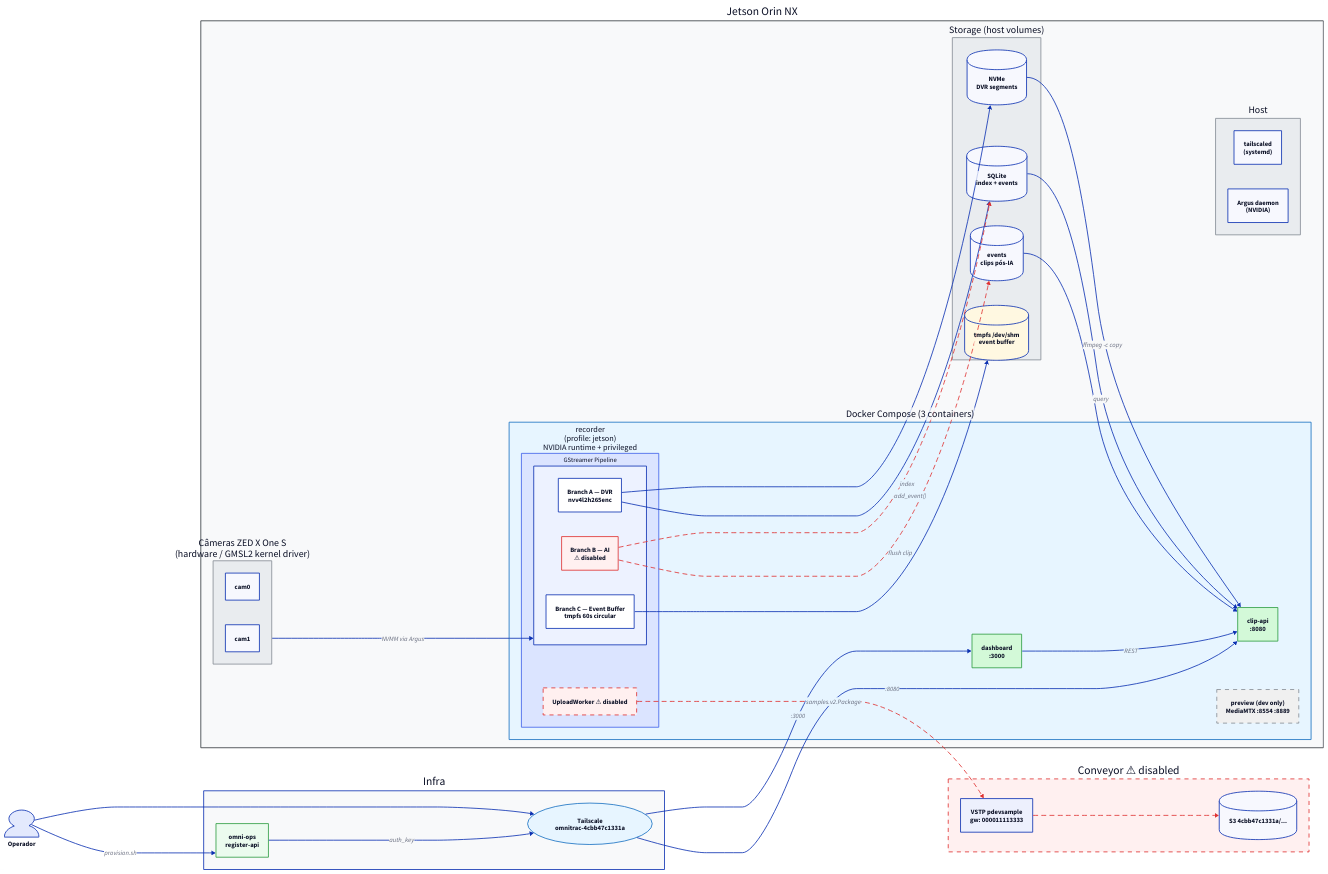
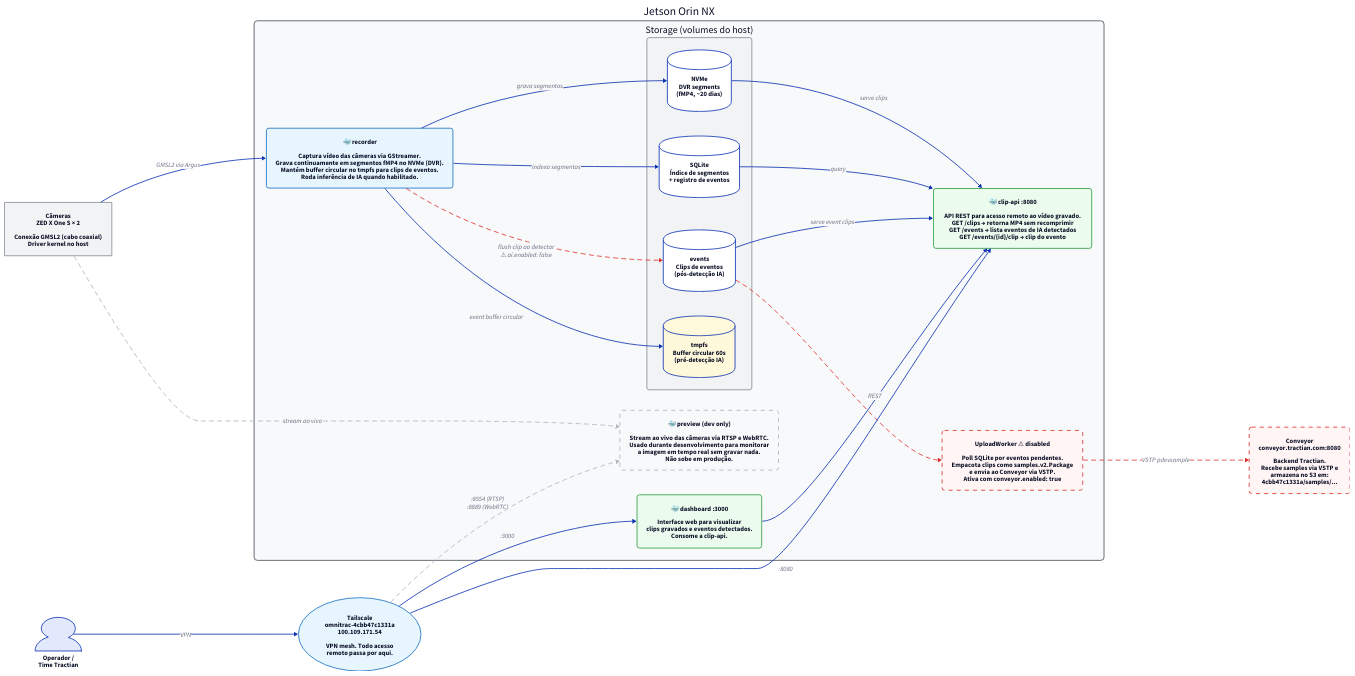
Before and after one commit to urielcontardi/JetsonStudy: the diagram in docs/diagrams/architecture.d2, drawn with D2. The commit also changed 1 other file, not shown here.

Commit message:
docs(diagram): didactic labels, flat structure, Docker explicit

```diff
--- a/docs/diagrams/architecture.d2
+++ b/docs/diagrams/architecture.d2
@@ -1,139 +1,147 @@
 direction: right
+
+# ─────────────────────────────────────────────────────────────────────────────
+# HARDWARE
+# ─────────────────────────────────────────────────────────────────────────────
+
+cameras: "Câmeras\nZED X One S × 2" {
+  shape: rectangle
+  style.fill: "#f1f3f5"
+  style.stroke: "#868e96"
+  label: "Câmeras\nZED X One S × 2\n\nConexão GMSL2 (cabo coaxial)\nDriver kernel no host"
+}
+
+# ─────────────────────────────────────────────────────────────────────────────
+# JETSON ORIN NX
+# ─────────────────────────────────────────────────────────────────────────────
 
 jetson: Jetson Orin NX {
   style.fill: "#f8f9fa"
-  style.stroke: "#343a40"
+  style.stroke: "#495057"
+  style.border-radius: 8
 
-  # ── Hardware / Host ────────────────────────────────────────────────────────
-  cameras: "Câmeras ZED X One S\n(hardware / GMSL2 kernel driver)" {
-    style.fill: "#e9ecef"
-    style.stroke: "#868e96"
-    cam0: cam0
-    cam1: cam1
+  # ── Docker container 1 ─────────────────────────────────────────────────────
+  recorder: "🐳  recorder" {
+    style.fill: "#e7f5ff"
+    style.stroke: "#1971c2"
+    style.border-radius: 6
+    label: "🐳  recorder\n\nCaptura vídeo das câmeras via GStreamer.\nGrava continuamente em segmentos fMP4 no NVMe (DVR).\nMantém buffer circular no tmpfs para clips de eventos.\nRoda inferência de IA quando habilitado."
   }
 
-  host_services: "Host" {
-    style.fill: "#e9ecef"
-    style.stroke: "#868e96"
-    tailscale_d: "tailscaled\n(systemd)"
-    argus: "Argus daemon\n(NVIDIA)"
+  # ── Docker container 2 ─────────────────────────────────────────────────────
+  clipapi: "🐳  clip-api  :8080" {
+    style.fill: "#ebfbee"
+    style.stroke: "#2f9e44"
+    style.border-radius: 6
+    label: "🐳  clip-api  :8080\n\nAPI REST para acesso remoto ao vídeo gravado.\nGET /clips  →  retorna MP4 sem recomprimir\nGET /events →  lista eventos de IA detectados\nGET /events/{id}/clip  →  clip do evento"
   }
 
-  storage: "Storage (host volumes)" {
-    style.fill: "#e9ecef"
-    style.stroke: "#868e96"
-    nvme: "NVMe\nDVR segments" { shape: cylinder }
-    events: "events\nclips pós-IA" { shape: cylinder }
-    sqlite: "SQLite\nindex + events" { shape: cylinder }
-    tmpfs: "tmpfs /dev/shm\nevent buffer" { shape: cylinder; style.fill: "#fff8e1" }
+  # ── Docker container 3 ─────────────────────────────────────────────────────
+  dashboard: "🐳  dashboard  :3000" {
+    style.fill: "#ebfbee"
+    style.stroke: "#2f9e44"
+    style.border-radius: 6
+    label: "🐳  dashboard  :3000\n\nInterface web para visualizar\nclips gravados e eventos detectados.\nConsome a clip-api."
   }
 
-  # ── Docker Compose ─────────────────────────────────────────────────────────
-  compose: "Docker Compose  (3 containers)" {
-    style.fill: "#e7f5ff"
-    style.stroke: "#1971c2"
+  # ── Docker container 4 — dev only ──────────────────────────────────────────
+  preview: "🐳  preview  (dev only)" {
+    style.fill: "#f8f9fa"
+    style.stroke: "#adb5bd"
+    style.stroke-dash: 5
+    style.border-radius: 6
+    label: "🐳  preview  (dev only)\n\nStream ao vivo das câmeras via RTSP e WebRTC.\nUsado durante desenvolvimento para monitorar\na imagem em tempo real sem gravar nada.\nNão sobe em produção."
+  }
 
-    recorder: "recorder\n(profile: jetson)\nNVIDIA runtime + privileged" {
-      style.fill: "#dbe4ff"
-      style.stroke: "#4263eb"
+  # ── Storage (host) ─────────────────────────────────────────────────────────
+  storage: "Storage  (volumes do host)" {
+    style.fill: "#f1f3f5"
+    style.stroke: "#868e96"
+    style.border-radius: 6
+    nvme: "NVMe\nDVR segments\n(fMP4, ~20 dias)" { shape: cylinder; style.fill: "#ffffff" }
+    events: "events\nClips de eventos\n(pós-detecção IA)" { shape: cylinder; style.fill: "#ffffff" }
+    sqlite: "SQLite\nÍndice de segmentos\n+ registro de eventos" { shape: cylinder; style.fill: "#ffffff" }
+    tmpfs: "tmpfs\nBuffer circular 60s\n(pré-detecção IA)" { shape: cylinder; style.fill: "#fff9db" }
+  }
 
-      pipeline: GStreamer Pipeline {
-        style.fill: "#edf2ff"
-        dvr: "Branch A — DVR\nnvv4l2h265enc"
-        buf: "Branch C — Event Buffer\ntmpfs 60s circular"
-        ai: "Branch B — AI\n⚠ disabled" {
-          style.fill: "#fff0f0"
-          style.stroke: "#e03131"
-        }
-      }
-
-      worker: "UploadWorker  ⚠ disabled" {
-        style.fill: "#fff0f0"
-        style.stroke: "#e03131"
-        style.stroke-dash: 5
-      }
-    }
-
-    clipapi: "clip-api\n:8080" {
-      style.fill: "#d3f9d8"
-      style.stroke: "#2f9e44"
-    }
-
-    dashboard: "dashboard\n:3000" {
-      style.fill: "#d3f9d8"
-      style.stroke: "#2f9e44"
-    }
-
-    preview: "preview  (dev only)\nMediaMTX :8554 :8889" {
-      style.fill: "#f0f0f0"
-      style.stroke: "#868e96"
-      style.stroke-dash: 5
-    }
+  # ── Worker VSTP (disabled) ─────────────────────────────────────────────────
+  worker: "UploadWorker  ⚠ disabled" {
+    style.fill: "#fff5f5"
+    style.stroke: "#e03131"
+    style.stroke-dash: 5
+    style.border-radius: 6
+    label: "UploadWorker  ⚠ disabled\n\nPoll SQLite por eventos pendentes.\nEmpacota clips como samples.v2.Package\ne envia ao Conveyor via VSTP.\nAtiva com conveyor.enabled: true"
   }
 }
 
+# ─────────────────────────────────────────────────────────────────────────────
+# CLOUD / INFRA
+# ─────────────────────────────────────────────────────────────────────────────
+
 conveyor: "Conveyor  ⚠ disabled" {
-  style.fill: "#fff0f0"
+  style.fill: "#fff5f5"
   style.stroke: "#e03131"
   style.stroke-dash: 5
-  vstp: "VSTP pdevsample\ngw: 000011113333"
-  s3: "S3  4cbb47c1331a/..." { shape: cylinder }
+  style.border-radius: 6
+  label: "Conveyor\nconveyor.tractian.com:8080\n\nBackend Tractian.\nRecebe samples via VSTP e\narmazena no S3 em:\n4cbb47c1331a/samples/..."
 }
 
-infra: Infra {
-  style.fill: "#f8f9fa"
-  tailscale: "Tailscale\nomnitrac-4cbb47c1331a" {
-    shape: oval
-    style.fill: "#e7f5ff"
-    style.stroke: "#1971c2"
-  }
-  registerapi: "omni-ops\nregister-api" {
-    style.fill: "#ebfbee"
-    style.stroke: "#2f9e44"
-  }
+tailscale: "Tailscale" {
+  shape: oval
+  style.fill: "#e7f5ff"
+  style.stroke: "#1971c2"
+  label: "Tailscale\nomnitrac-4cbb47c1331a\n100.109.171.54\n\nVPN mesh. Todo acesso\nremoto passa por aqui."
 }
 
-operator: Operador { shape: person }
+operator: "Operador /\nTime Tractian" {
+  shape: person
+}
 
-# ── câmeras → pipeline ────────────────────────────────────────────────────────
-jetson.cameras -> jetson.compose.recorder.pipeline: NVMM via Argus
+# ─────────────────────────────────────────────────────────────────────────────
+# CONEXÕES
+# ─────────────────────────────────────────────────────────────────────────────
 
-# ── pipeline → storage ────────────────────────────────────────────────────────
-jetson.compose.recorder.pipeline.dvr -> jetson.storage.nvme
-jetson.compose.recorder.pipeline.dvr -> jetson.storage.sqlite: index
-jetson.compose.recorder.pipeline.buf -> jetson.storage.tmpfs
+# captura
+cameras -> jetson.recorder: GMSL2 via Argus
 
-# ── AI → eventos (disabled) ──────────────────────────────────────────────────
-jetson.compose.recorder.pipeline.ai -> jetson.storage.events: flush clip {
-  style.stroke: "#e03131"
-  style.stroke-dash: 5
-}
-jetson.compose.recorder.pipeline.ai -> jetson.storage.sqlite: add_event() {
+# recorder → storage
+jetson.recorder -> jetson.storage.nvme: grava segmentos
+jetson.recorder -> jetson.storage.tmpfs: event buffer circular
+jetson.recorder -> jetson.storage.sqlite: indexa segmentos
+
+# evento IA (disabled)
+jetson.recorder -> jetson.storage.events: "flush clip ao detectar\n⚠ ai.enabled: false" {
   style.stroke: "#e03131"
   style.stroke-dash: 5
 }
 
-# ── worker → Conveyor (disabled) ─────────────────────────────────────────────
-jetson.compose.recorder.worker -> conveyor.vstp: samples.v2.Package {
+# upload (disabled)
+jetson.storage.events -> jetson.worker {
   style.stroke: "#e03131"
   style.stroke-dash: 5
 }
-conveyor.vstp -> conveyor.s3 {
+jetson.worker -> conveyor: VSTP pdevsample {
   style.stroke: "#e03131"
   style.stroke-dash: 5
 }
 
-# ── clip-api + dashboard ──────────────────────────────────────────────────────
-jetson.storage.nvme -> jetson.compose.clipapi: ffmpeg -c copy
-jetson.storage.sqlite -> jetson.compose.clipapi: query
-jetson.storage.events -> jetson.compose.clipapi
-jetson.compose.dashboard -> jetson.compose.clipapi: REST
+# api
+jetson.storage.nvme -> jetson.clipapi: serve clips
+jetson.storage.sqlite -> jetson.clipapi: query
+jetson.storage.events -> jetson.clipapi: serve event clips
+jetson.dashboard -> jetson.clipapi: REST
 
-# ── acesso remoto ─────────────────────────────────────────────────────────────
-operator -> infra.tailscale
-infra.tailscale -> jetson.compose.clipapi: :8080
-infra.tailscale -> jetson.compose.dashboard: :3000
+# preview dev
+cameras -> jetson.preview: stream ao vivo {
+  style.stroke-dash: 5
+  style.stroke: "#adb5bd"
+}
 
-# ── provisioning ──────────────────────────────────────────────────────────────
-operator -> infra.registerapi: provision.sh
-infra.registerapi -> infra.tailscale: auth_key
+# acesso remoto
+operator -> tailscale: VPN
+tailscale -> jetson.clipapi: :8080
+tailscale -> jetson.dashboard: :3000
+tailscale -> jetson.preview: ":8554 (RTSP)\n:8889 (WebRTC)" {
+  style.stroke-dash: 5
+  style.stroke: "#adb5bd"
+}
```
